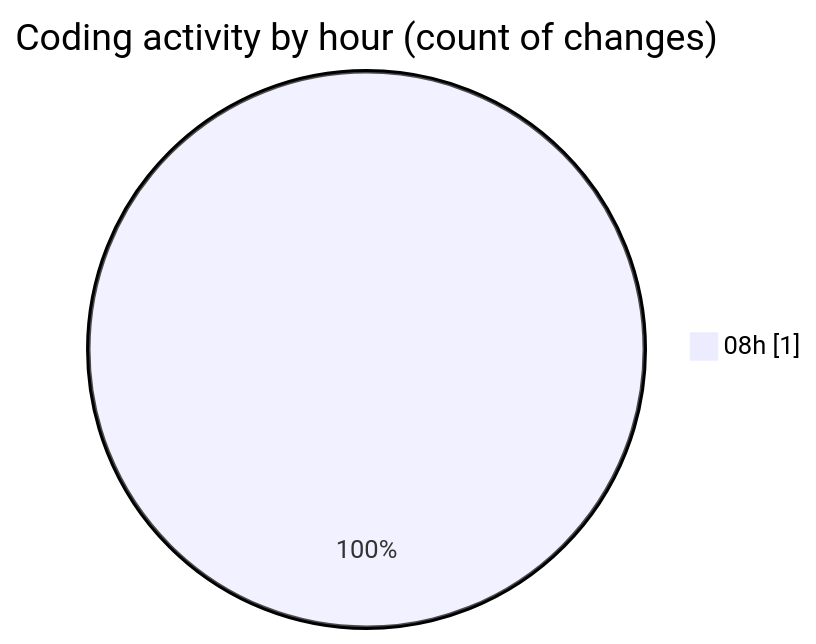
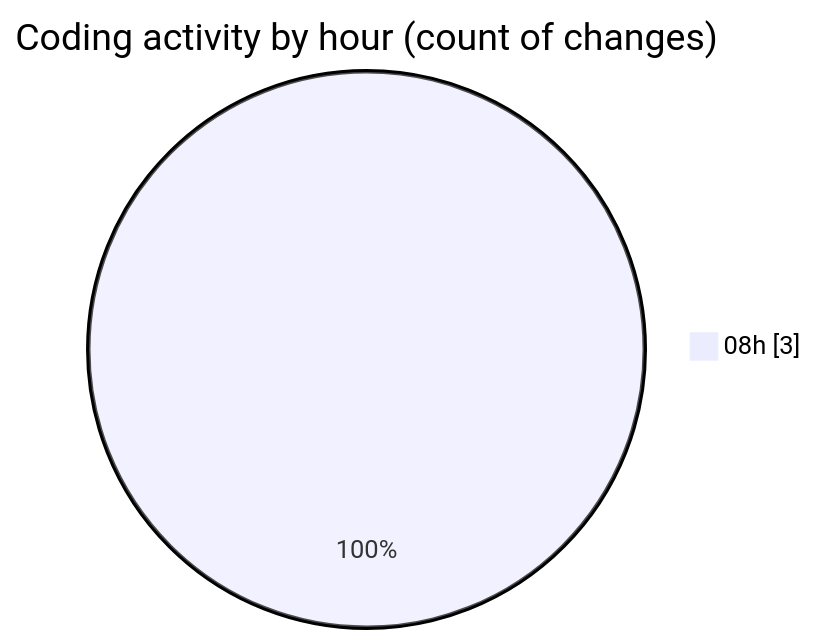
Before and after one commit to Unknowalive/code-tracking: the second of 2 diagrams in 2026-09-03/web_tec_2026/README.md, drawn with Mermaid. The commit also changed other lines of this file and 1 other file, not shown here.

````diff
--- a/2026-09-03/web_tec_2026/README.md
+++ b/2026-09-03/web_tec_2026/README.md
@@ -28,5 +30,5 @@
 ```mermaid
 pie showData
 title Coding activity by hour (count of changes)
-"08h" : 1
+"08h" : 3
 ```
````
